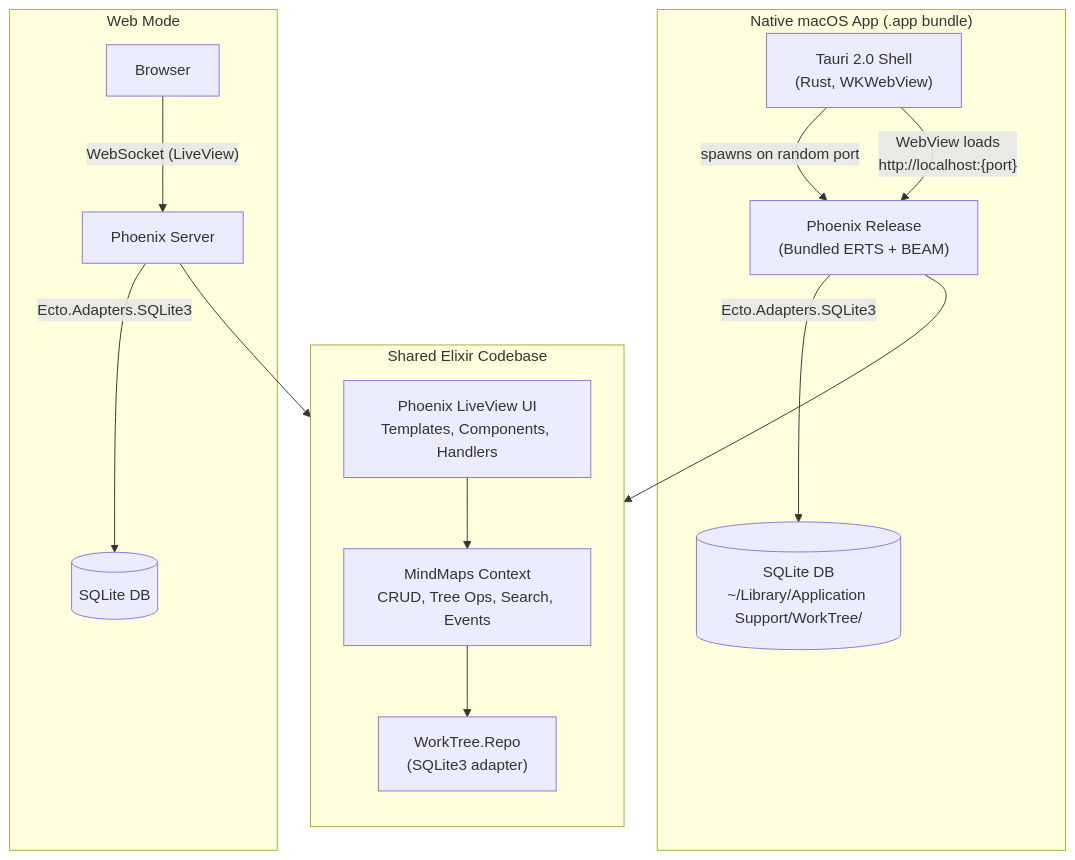
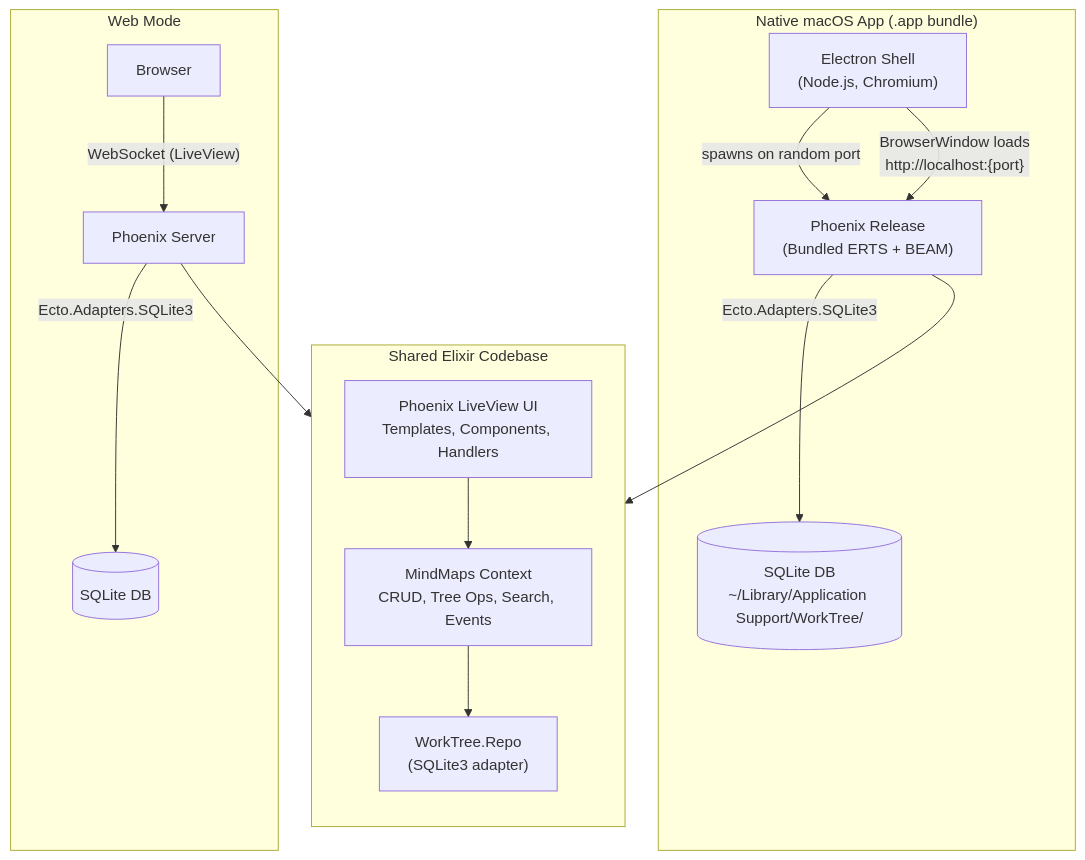
One commit to xorvo/rio changed the diagram in README.md. Above: the diagram before and after it, drawn with Mermaid. The commit also changed other lines of this file and 25 other files, not shown here.

First line of the commit message:
Replace Tauri with Electron for desktop shell

````diff
--- a/README.md
+++ b/README.md
@@ -25,34 +25,34 @@
 ```mermaid
 graph TB
     subgraph "Native macOS App (.app bundle)"
-        Tauri["Tauri 2.0 Shell<br/>(Rust, WKWebView)"]
+        Electron["Electron Shell<br/>(Node.js, Chromium)"]
         Sidecar["Phoenix Release<br/>(Bundled ERTS + BEAM)"]
         SQLiteD[(SQLite DB<br/>~/Library/Application Support/WorkTree/)]
 
-        Tauri -->|"spawns on random port"| Sidecar
+        Electron -->|"spawns on random port"| Sidecar
         Sidecar -->|"Ecto.Adapters.SQLite3"| SQLiteD
-        Tauri -->|"WebView loads<br/>http://localhost:{port}"| Sidecar
+        Electron -->|"BrowserWindow loads<br/>http://localhost:{port}"| Sidecar
     end
 
     subgraph "Web Mode"
         Browser["Browser"]
         Phoenix["Phoenix Server"]
         SQLiteW[(SQLite DB)]
 
         Browser -->|"WebSocket (LiveView)"| Phoenix
         Phoenix -->|"Ecto.Adapters.SQLite3"| SQLiteW
     end
 
     subgraph "Shared Elixir Codebase"
         direction TB
         LiveView["Phoenix LiveView UI<br/>Templates, Components, Handlers"]
         Context["MindMaps Context<br/>CRUD, Tree Ops, Search, Events"]
         Repo["WorkTree.Repo<br/>(SQLite3 adapter)"]
 
         LiveView --> Context
         Context --> Repo
     end
 
     Phoenix --> LiveView
     Sidecar --> LiveView
 ```
````
